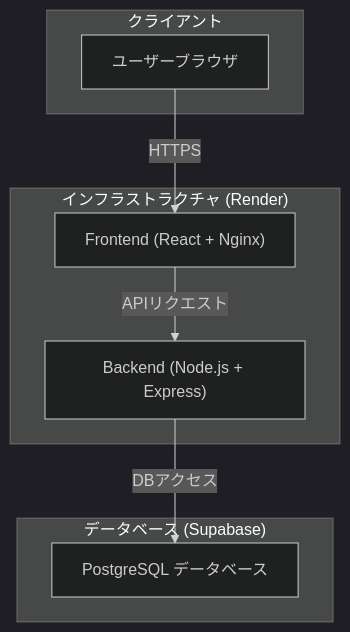
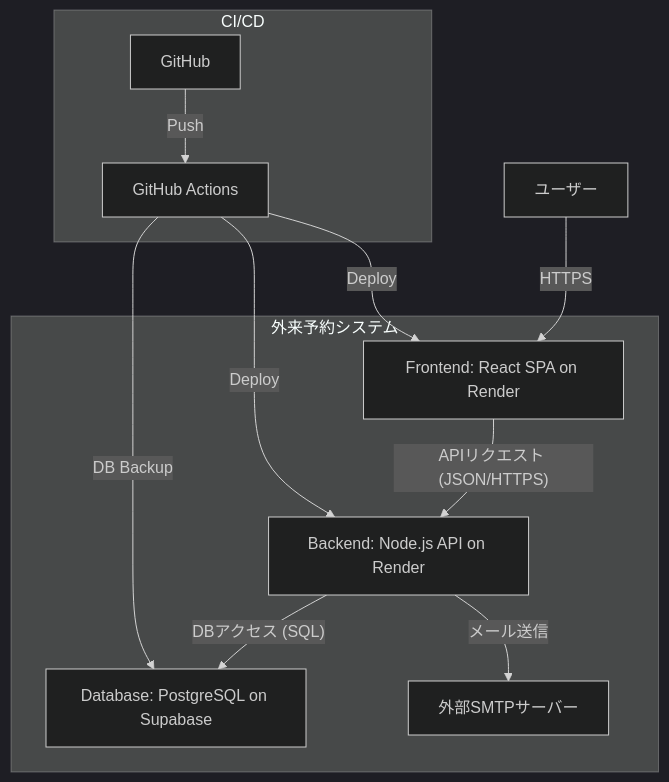
The second of 2 diagrams in README.md (inoshou-git/outpatient-clinic-reservation-system), drawn with Mermaid (dark theme) before and after one commit. The commit also changed other lines of this file, not shown here.

First line of the commit message:
docs: C4 Modelに基づきアーキテクチャ図を更新

````diff
--- a/README.md
+++ b/README.md
@@ -25,19 +54,17 @@
 ```mermaid
 graph TD
-    subgraph "クライアント"
-        A["ユーザーブラウザ"]
+    user[ユーザー] -- "HTTPS" --> fe[Frontend: React SPA on Render]
+
+    subgraph "外来予約システム"
+        fe -- "APIリクエスト (JSON/HTTPS)" --> be[Backend: Node.js API on Render]
+        be -- "DBアクセス (SQL)" --> db[Database: PostgreSQL on Supabase]
+        be -- "メール送信" --> smtp[外部SMTPサーバー]
     end
 
-    subgraph "インフラストラクチャ (Render)"
-        B["Frontend (React + Nginx)"]
-        C["Backend (Node.js + Express)"]
+    subgraph "CI/CD"
+        github[GitHub] -- "Push" --> actions[GitHub Actions]
+        actions -- "Deploy" --> fe
+        actions -- "Deploy" --> be
+        actions -- "DB Backup" --> db
     end
-
-    subgraph "データベース (Supabase)"
-        D["PostgreSQL データベース"]
-    end
-
-    A -- "HTTPS" --> B
-    B -- "APIリクエスト" --> C
-    C -- "DBアクセス" --> D
 ```
````
